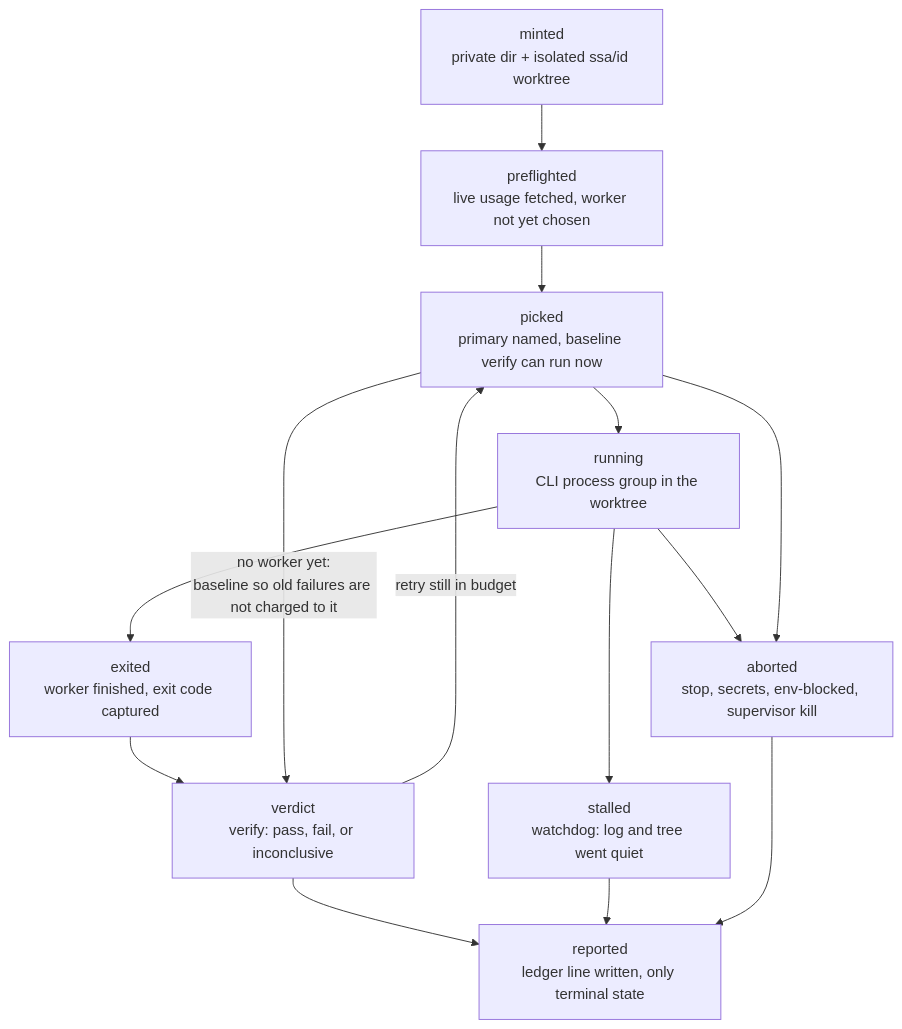
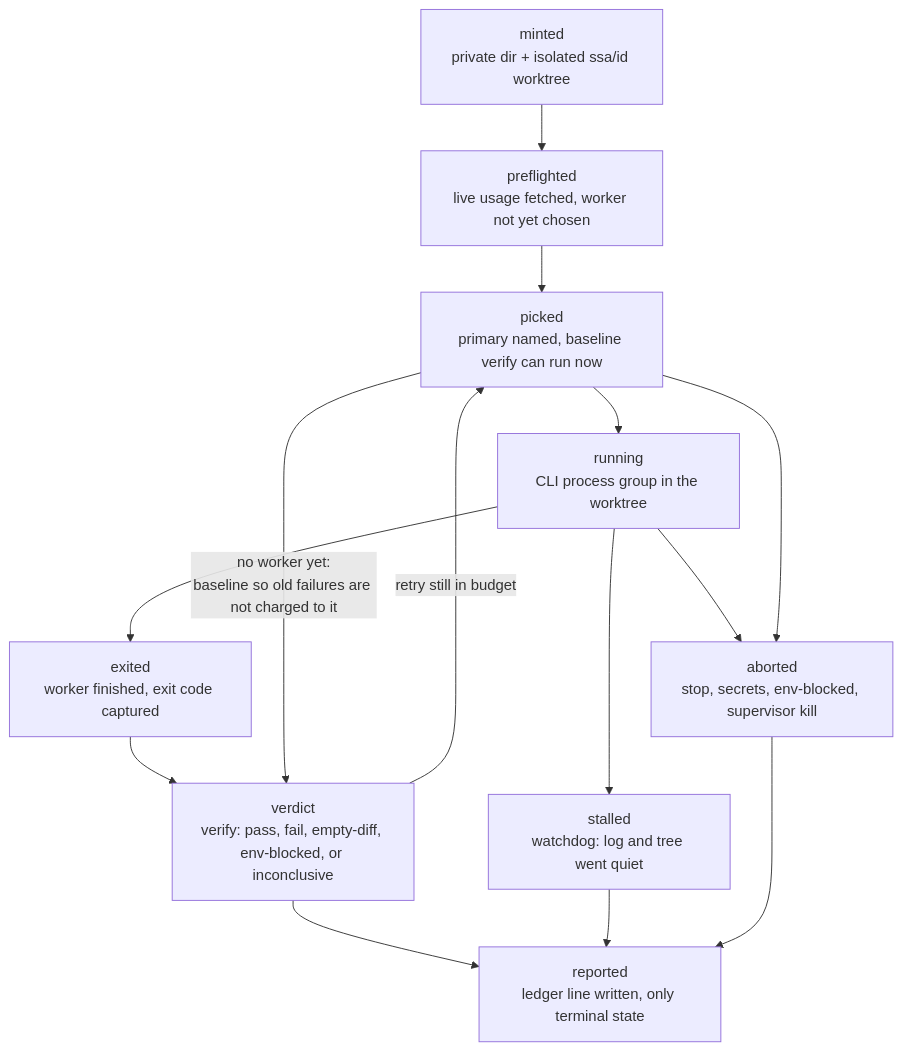
The second of 2 diagrams in docs/ARCHITECTURE.md (m-esm/smart-subagents), drawn with Mermaid before and after one commit. The commit also changed other lines of this file and 11 other files, not shown here.

````diff
--- a/docs/ARCHITECTURE.md
+++ b/docs/ARCHITECTURE.md
@@ -115,17 +115,17 @@
 ```mermaid
 flowchart TB
     minted["minted<br/>private dir + isolated ssa/id worktree"]
     --> preflighted["preflighted<br/>live usage fetched, worker not yet chosen"]
     --> picked["picked<br/>primary named, baseline verify can run now"]
     --> running["running<br/>CLI process group in the worktree"]
     --> exited["exited<br/>worker finished, exit code captured"]
-    --> verdict["verdict<br/>verify: pass, fail, or inconclusive"]
+    --> verdict["verdict<br/>verify: pass, fail, empty-diff, env-blocked, or inconclusive"]
     --> reported["reported<br/>ledger line written, only terminal state"]
     picked -->|"no worker yet:<br/>baseline so old failures are not charged to it"| verdict
     running --> stalled["stalled<br/>watchdog: log and tree went quiet"]
     stalled --> reported
     running --> aborted["aborted<br/>stop, secrets, env-blocked, supervisor kill"]
     picked --> aborted
     aborted --> reported
     verdict -->|"retry still in budget"| picked
 ```
````
